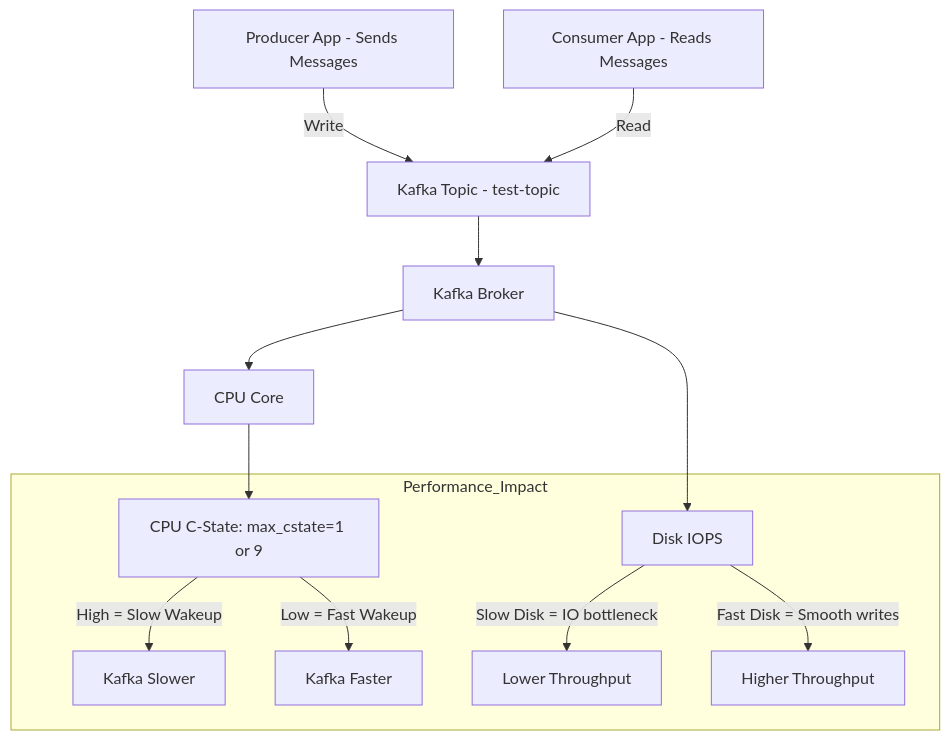
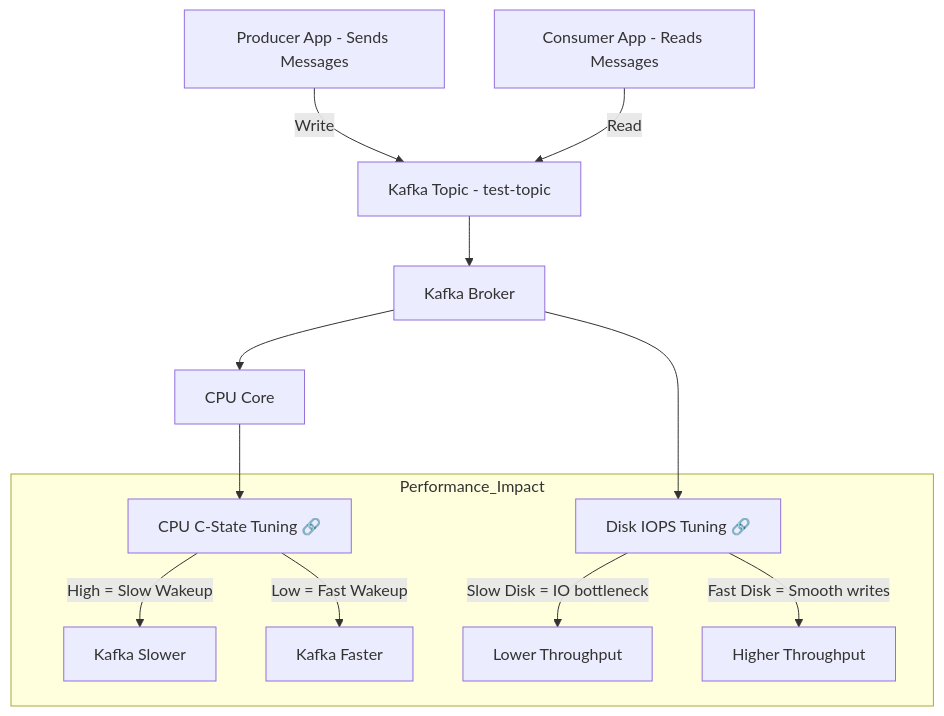
Before and after one commit to BabbarPB08/kafka-perf-tester: the diagram in README.md, drawn with Mermaid.

Commit message:
Update README.md
diagram updated

`````diff
--- a/README.md
+++ b/README.md
@@ -27,17 +27,22 @@
 ```mermaid
 flowchart TD
     Producer[Producer App - Sends Messages] -->|Write| Topic[Kafka Topic - test-topic]
     Consumer[Consumer App - Reads Messages] -->|Read| Topic
 
     Topic --> Broker[Kafka Broker]
-    Broker --> Disk[Disk IOPS]
+    Broker --> Disk[Disk IOPS Tuning 🔗]
     Broker --> CPU[CPU Core]
-    CPU --> CState[CPU C-State: max_cstate=1 or 9]
+    CPU --> CState[CPU C-State Tuning 🔗]
 
     subgraph Performance_Impact
         CState -->|High = Slow Wakeup| Latency1[Kafka Slower]
         CState -->|Low = Fast Wakeup| Latency2[Kafka Faster]
         Disk -->|Slow Disk = IO bottleneck| IO1[Lower Throughput]
         Disk -->|Fast Disk = Smooth writes| IO2[Higher Throughput]
     end
+
+    %% Define clickable links
+    click CState "https://access.redhat.com/solutions/7123874" "Red Hat: CPU C-State Tuning"
+    click Disk "https://access.redhat.com/articles/7110061" "Red Hat: Kafka IOPS Recommendations"
+
 ````
`````
